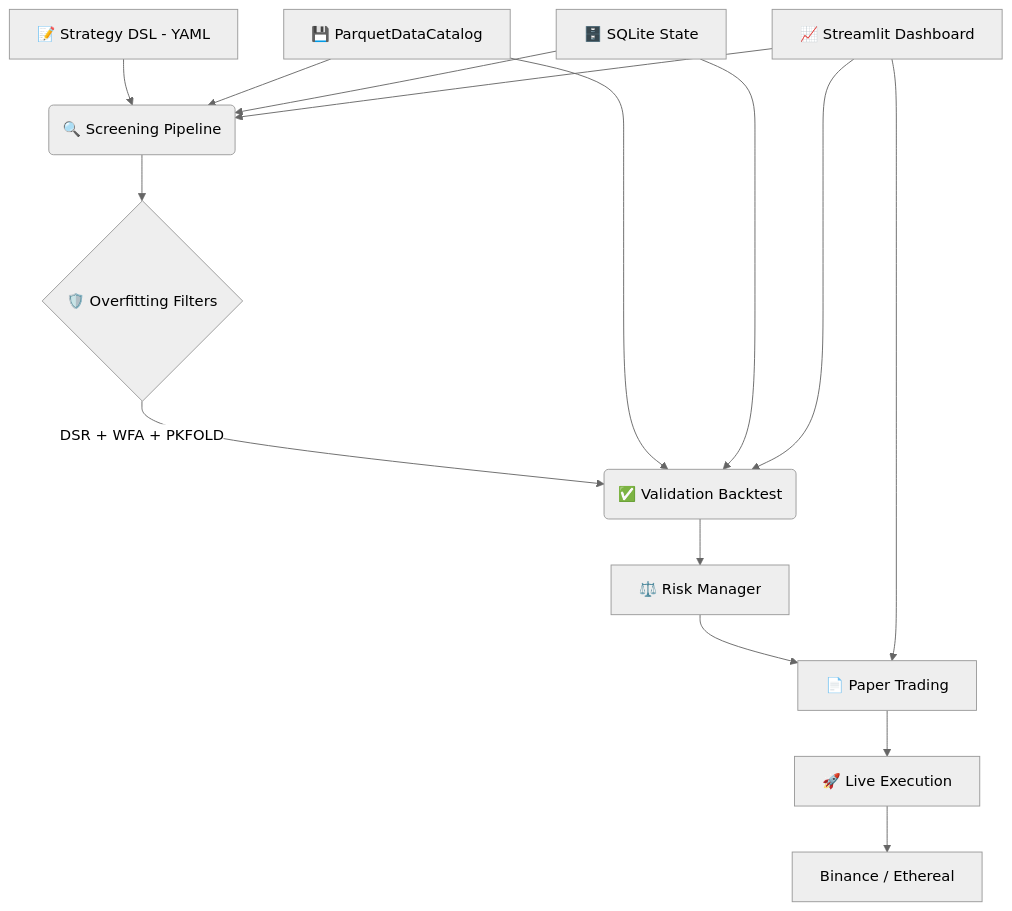
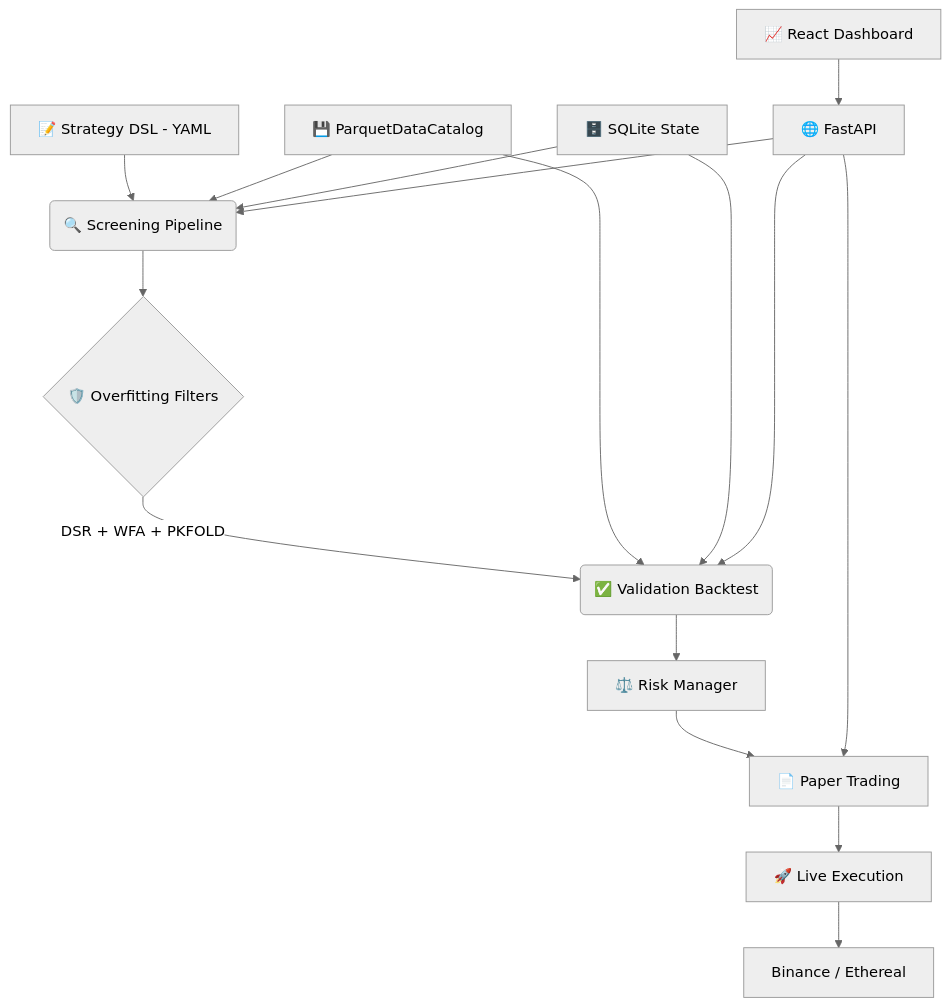
One commit to verebelyin/vibe-quant changed the diagram in README.md. Above: the diagram before and after it, drawn with Mermaid (neutral theme). The commit also changed other lines of this file and 1 other file, not shown here.

First line of the commit message:
docs: update README with React frontend + FastAPI startup instructions

````diff
--- a/README.md
+++ b/README.md
@@ -147,18 +176,19 @@
 ```mermaid
 graph TD
     A[📝 Strategy DSL - YAML] --> B(🔍 Screening Pipeline)
     B --> C{🛡️ Overfitting Filters}
     C -- DSR + WFA + PKFOLD --> D(✅ Validation Backtest)
     D --> E[⚖️ Risk Manager]
     E --> F[📄 Paper Trading]
     F --> G[🚀 Live Execution]
     G --> H[Binance / Ethereal]
 
     I[💾 ParquetDataCatalog] --> B
     I --> D
     J[🗄️ SQLite State] --> B
     J --> D
-    K[📈 Streamlit Dashboard] --> B
-    K --> D
-    K --> F
+    K[📈 React Dashboard] --> L[🌐 FastAPI]
+    L --> B
+    L --> D
+    L --> F
 ```
````
